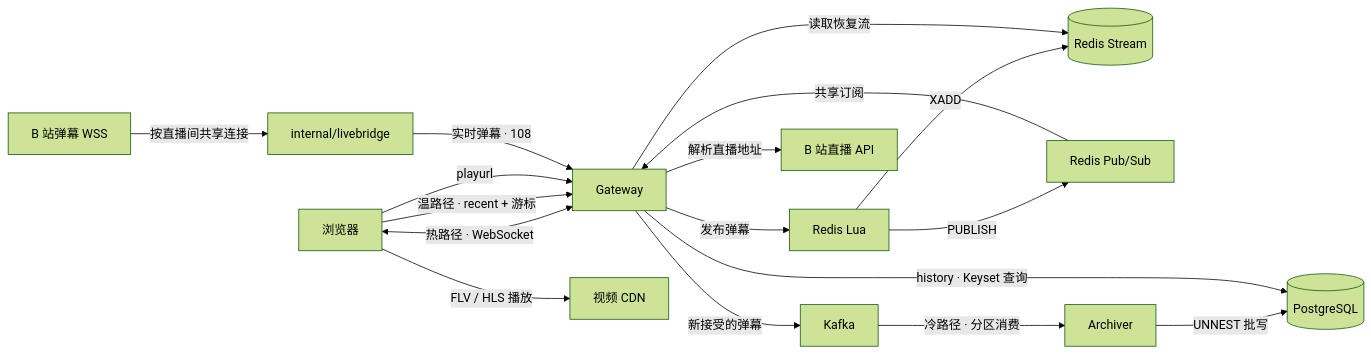
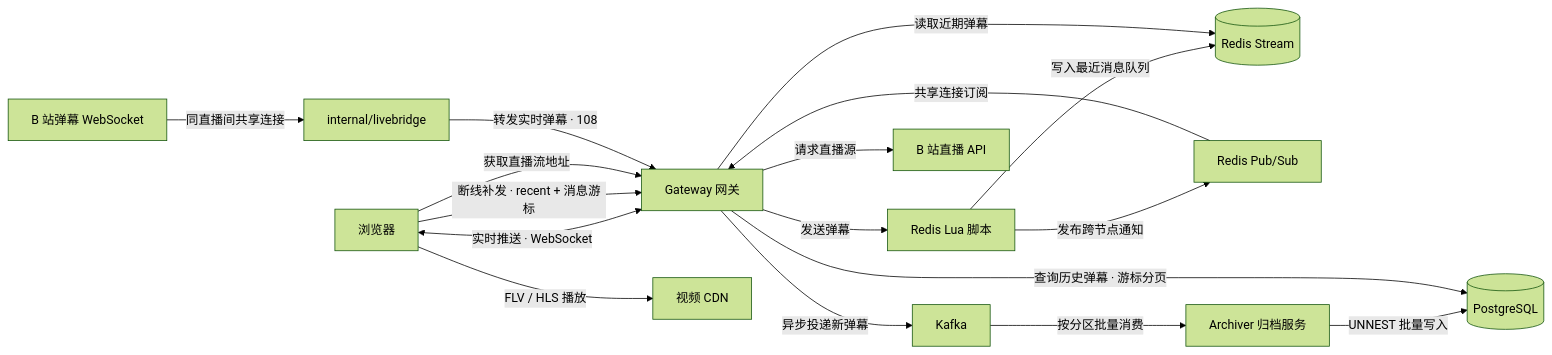
One commit to SctHy/live-stream-danmaku changed the diagram in README.md. Above: the diagram before and after it, drawn with Mermaid (forest theme). The commit also changed other lines of this file and 1 other file, not shown here.

````diff
--- a/README.md
+++ b/README.md
@@ -7,19 +9,19 @@
 ```mermaid
 flowchart LR
-    B[浏览器] <-->|热路径 · WebSocket| G[Gateway]
-    G -->|发布弹幕| L[Redis Lua]
-    L -->|XADD| S[(Redis Stream)]
-    L -->|PUBLISH| R[Redis Pub/Sub]
-    R -->|共享订阅| G
-    B -->|温路径 · recent + 游标| G
-    G -->|读取恢复流| S
-    G -->|新接受的弹幕| K[Kafka]
-    K -->|冷路径 · 分区消费| A[Archiver]
-    A -->|UNNEST 批写| P[(PostgreSQL)]
-    G -->|history · Keyset 查询| P
-    B -->|playurl| G
-    G -->|解析直播地址| U[B 站直播 API]
-    W[B 站弹幕 WSS] -->|按直播间共享连接| LB[internal/livebridge]
-    LB -->|实时弹幕 · 108| G
+    B[浏览器] <-->|实时推送 · WebSocket| G[Gateway 网关]
+    G -->|发送弹幕| L[Redis Lua 脚本]
+    L -->|写入最近消息队列| S[(Redis Stream)]
+    L -->|发布跨节点通知| R[Redis Pub/Sub]
+    R -->|共享连接订阅| G
+    B -->|断线补发 · recent + 消息游标| G
+    G -->|读取近期弹幕| S
+    G -->|异步投递新弹幕| K[Kafka]
+    K -->|按分区批量消费| A[Archiver 归档服务]
+    A -->|UNNEST 批量写入| P[(PostgreSQL)]
+    G -->|查询历史弹幕 · 游标分页| P
+    B -->|获取直播流地址| G
+    G -->|请求直播源| U[B 站直播 API]
+    W[B 站弹幕 WebSocket] -->|同直播间共享连接| LB[internal/livebridge]
+    LB -->|转发实时弹幕 · 108| G
     B -->|FLV / HLS 播放| CDN[视频 CDN]
 ```
````
